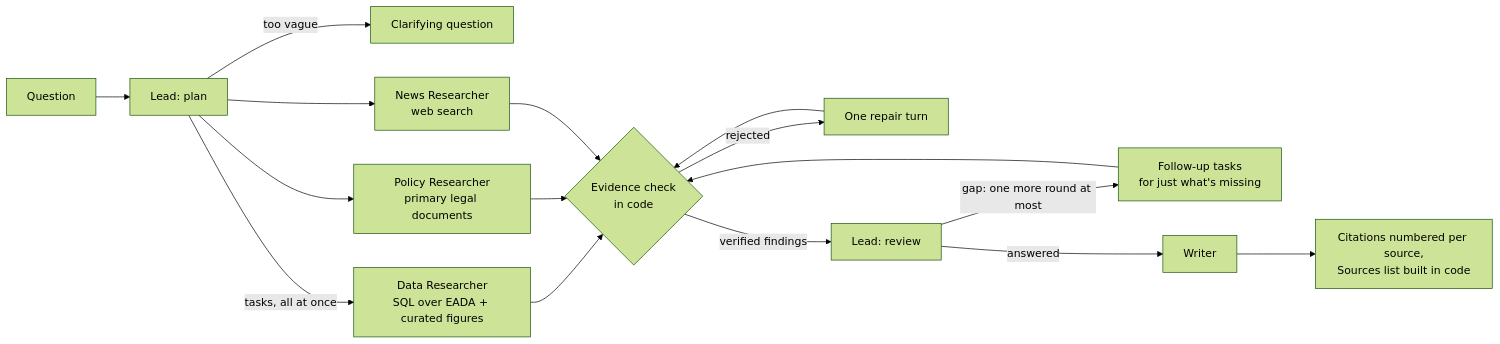
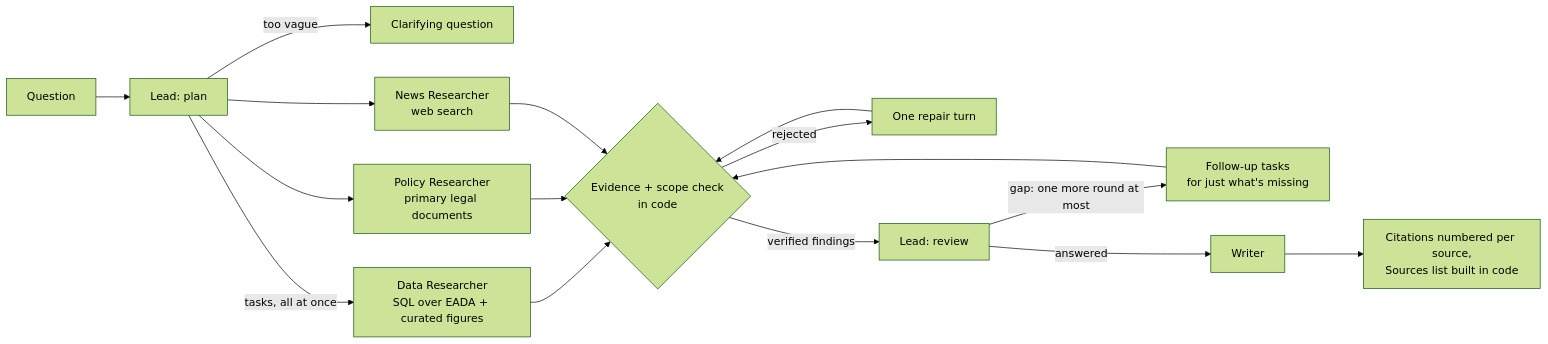
One commit to claire-gallagher/title-ix-deep-research changed the diagram in README.md. Above: the diagram before and after it, drawn with Mermaid (forest theme). The commit also changed other lines of this file and 7 other files, not shown here.

````diff
--- a/README.md
+++ b/README.md
@@ -42,17 +44,17 @@
 ```mermaid
 flowchart LR
     Q[Question] --> L[Lead: plan]
     L -- "too vague" --> C[Clarifying question]
     L -- "tasks, all at once" --> D[Data Researcher<br/>SQL over EADA + curated figures]
     L --> P[Policy Researcher<br/>primary legal documents]
     L --> N[News Researcher<br/>web search]
-    D --> V{Evidence check<br/>in code}
+    D --> V{Evidence + scope check<br/>in code}
     P --> V
     N --> V
     V -- rejected --> R[One repair turn] --> V
     V -- verified findings --> LR[Lead: review]
     LR -- "gap: one more round at most" --> L2[Follow-up tasks<br/>for just what's missing]
     L2 --> V
     LR -- answered --> W[Writer]
     W --> S[Citations numbered per source,<br/>Sources list built in code]
 ```
````
